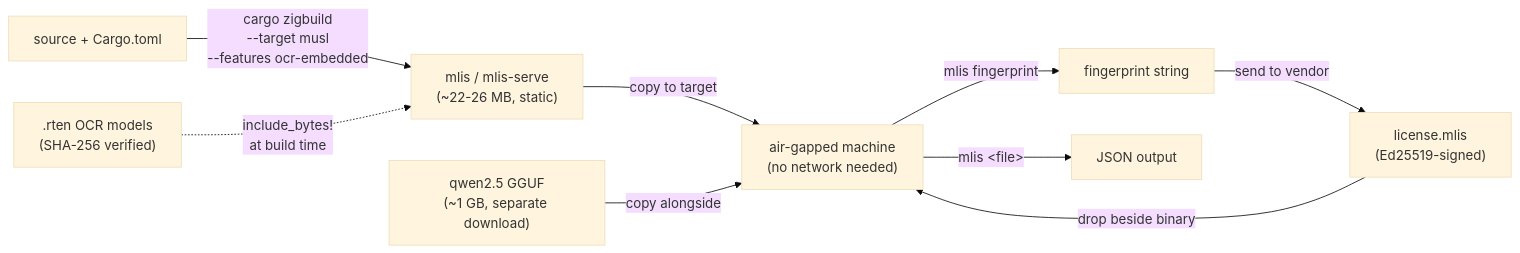
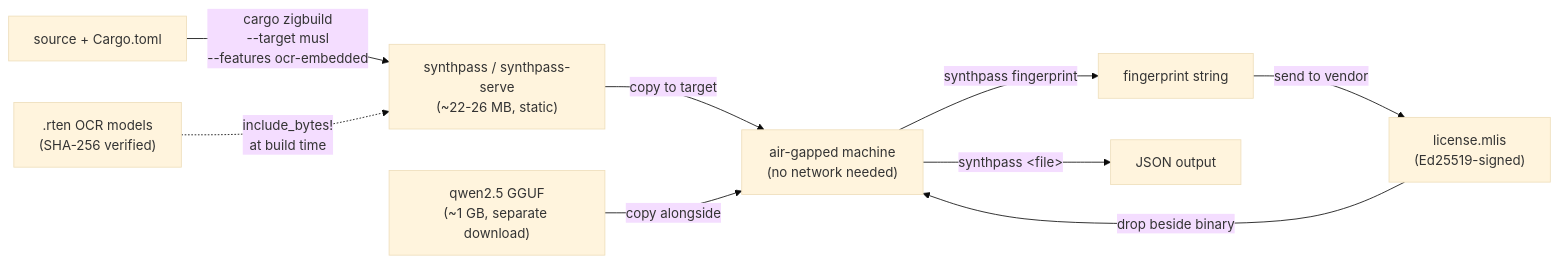
Before and after one commit to ruledicaprio/SynthPass: the second of 2 diagrams in README.md, drawn with Mermaid (base theme). The commit also changed other lines of this file and 124 other files, not shown here.

````diff
--- a/README.md
+++ b/README.md
@@ -256,11 +256,11 @@
 ```mermaid
 flowchart LR
-    SRC["source + Cargo.toml"] -->|"cargo zigbuild<br/>--target musl<br/>--features ocr-embedded"| BIN["mlis / mlis-serve<br/>(~22-26 MB, static)"]
+    SRC["source + Cargo.toml"] -->|"cargo zigbuild<br/>--target musl<br/>--features ocr-embedded"| BIN["synthpass / synthpass-serve<br/>(~22-26 MB, static)"]
     RTEN[".rten OCR models<br/>(SHA-256 verified)"] -.->|"include_bytes!<br/>at build time"| BIN
     BIN -->|"copy to target"| AIR["air-gapped machine<br/>(no network needed)"]
     GGUF["qwen2.5 GGUF<br/>(~1 GB, separate download)"] -->|"copy alongside"| AIR
-    AIR -->|"mlis fingerprint"| FP["fingerprint string"]
+    AIR -->|"synthpass fingerprint"| FP["fingerprint string"]
     FP -->|"send to vendor"| LIC["license.mlis<br/>(Ed25519-signed)"]
     LIC -->|"drop beside binary"| AIR
-    AIR -->|"mlis &lt;file&gt;"| OUT2["JSON output"]
+    AIR -->|"synthpass &lt;file&gt;"| OUT2["JSON output"]
 ```
````
